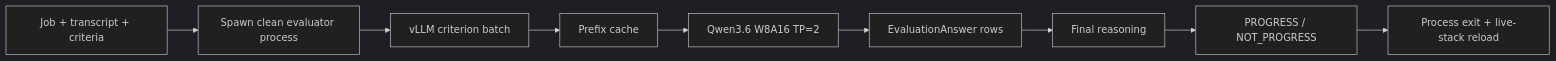
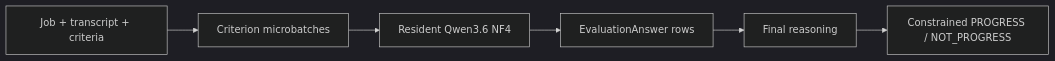
Before and after one commit to jaredturck/AI-interview: the fifth of 5 diagrams in docs/ARCHITECTURE.md, drawn with Mermaid (dark theme). The commit also changed other lines of this file and 19 other files, not shown here.

````diff
--- a/docs/ARCHITECTURE.md
+++ b/docs/ARCHITECTURE.md
@@ -73,11 +71,8 @@
 ```mermaid
 flowchart LR
-    Input[Job + transcript + criteria] --> Spawn[Spawn clean evaluator process]
-    Spawn --> Batch[vLLM criterion batch]
-    Batch --> Cache[Prefix cache]
-    Cache --> TP[Qwen3.6 W8A16 TP=2]
-    TP --> Answers[EvaluationAnswer rows]
+    Input[Job + transcript + criteria] --> Batch[Criterion microbatches]
+    Batch --> Qwen[Resident Qwen3.6 NF4]
+    Qwen --> Answers[EvaluationAnswer rows]
     Answers --> Reason[Final reasoning]
-    Reason --> Choice[PROGRESS / NOT_PROGRESS]
-    Choice --> Exit[Process exit + live-stack reload]
+    Reason --> Choice[Constrained PROGRESS / NOT_PROGRESS]
 ```
````
